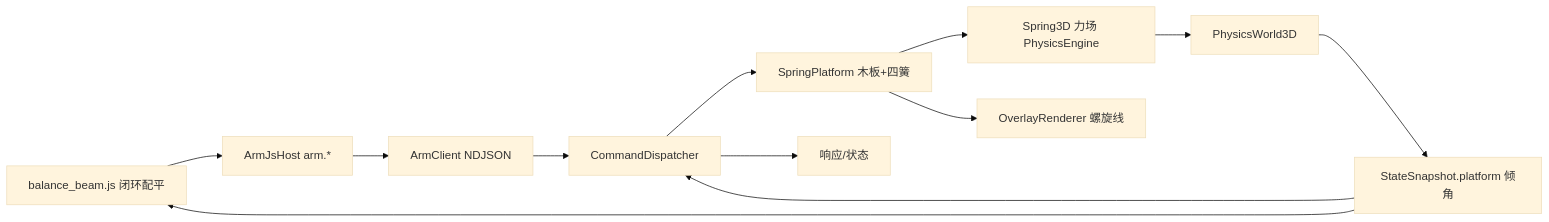
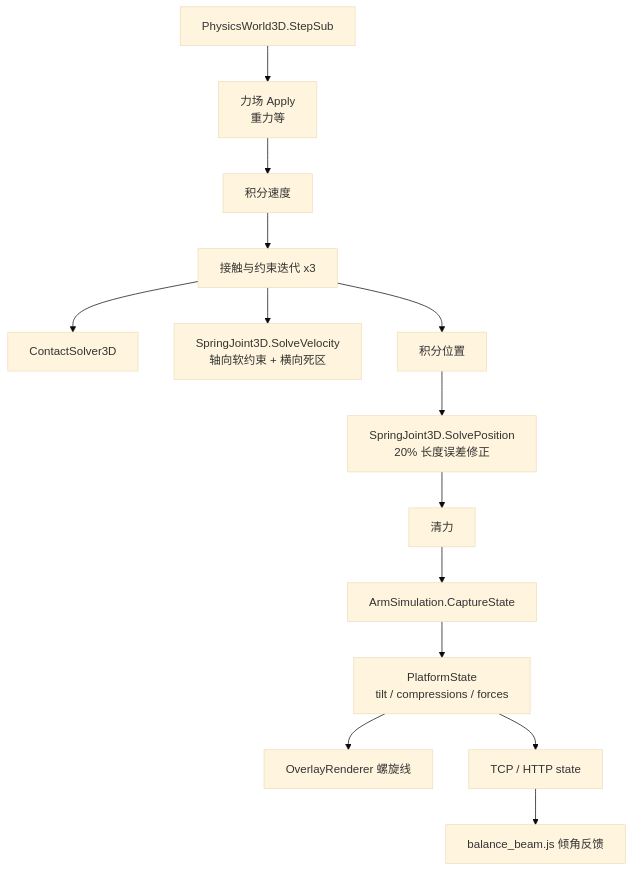
The diagram in .codebuddy/plans/gripper-camera-sensor_15979521.md (xieguigang/virtual-lab), drawn with Mermaid (base theme) before and after one commit. The commit also changed other lines of this file and 3 other files, not shown here.

Commit message:
make spring joint between the world ground and table

````diff
--- a/.codebuddy/plans/gripper-camera-sensor_15979521.md
+++ b/.codebuddy/plans/gripper-camera-sensor_15979521.md
@@ -128,14 +103,16 @@
 ```mermaid
-flowchart LR
-  Script[balance_beam.js 闭环配平] --> Host[ArmJsHost arm.*]
-  Host --> Client[ArmClient NDJSON]
-  Client --> Dispatch[CommandDispatcher]
-  Dispatch --> Platform[SpringPlatform 木板+四簧]
-  Platform --> Spring[Spring3D 力场 PhysicsEngine]
-  Spring --> World[PhysicsWorld3D]
-  World --> State[StateSnapshot.platform 倾角]
-  State --> Dispatch
-  Dispatch --> Client2[响应/状态]
-  Platform --> Render[OverlayRenderer 螺旋线]
-  State --> Script
+graph TD
+    A[PhysicsWorld3D.StepSub] --> B[力场 Apply<br/>重力等]
+    B --> C[积分速度]
+    C --> D[接触与约束迭代 x3]
+    D --> D1[ContactSolver3D]
+    D --> D2[SpringJoint3D.SolveVelocity<br/>轴向软约束 + 横向死区]
+    D --> E[积分位置]
+    E --> F[SpringJoint3D.SolvePosition<br/>20% 长度误差修正]
+    F --> G[清力]
+    G --> H[ArmSimulation.CaptureState]
+    H --> I[PlatformState<br/>tilt / compressions / forces]
+    I --> J[OverlayRenderer 螺旋线]
+    I --> K[TCP / HTTP state]
+    K --> L[balance_beam.js 倾角反馈]
 ```
````
